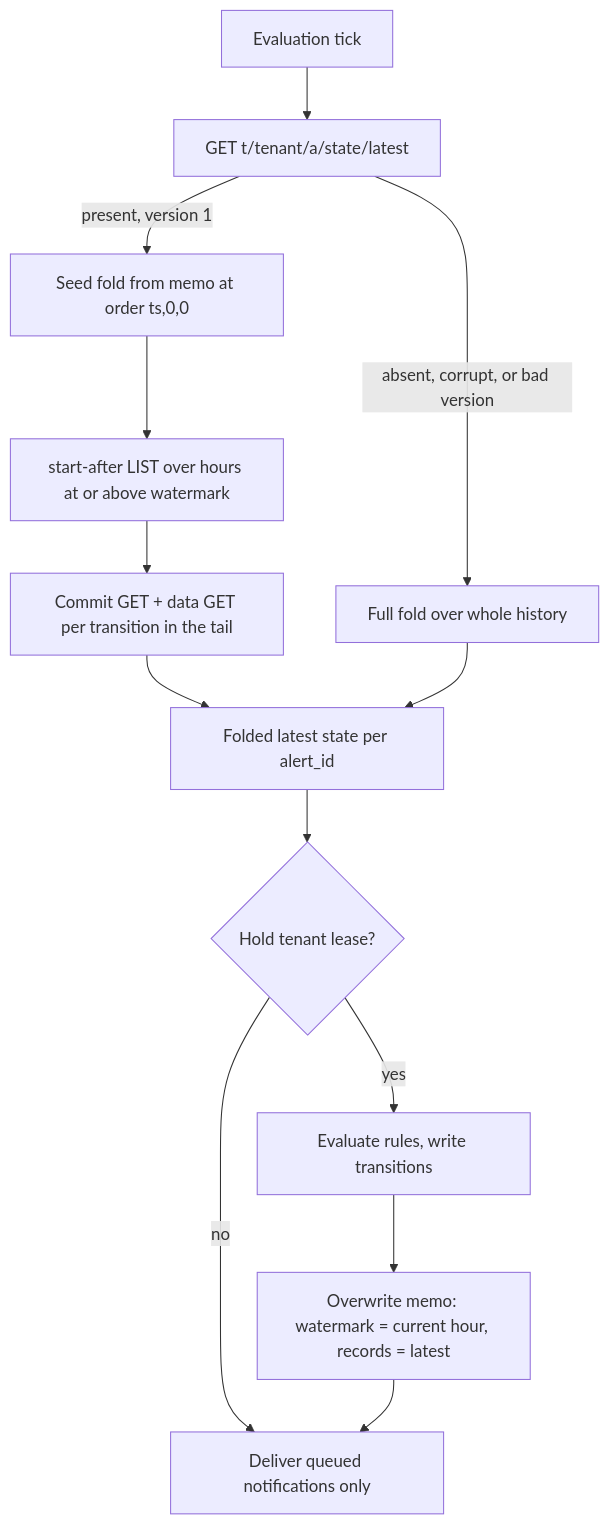
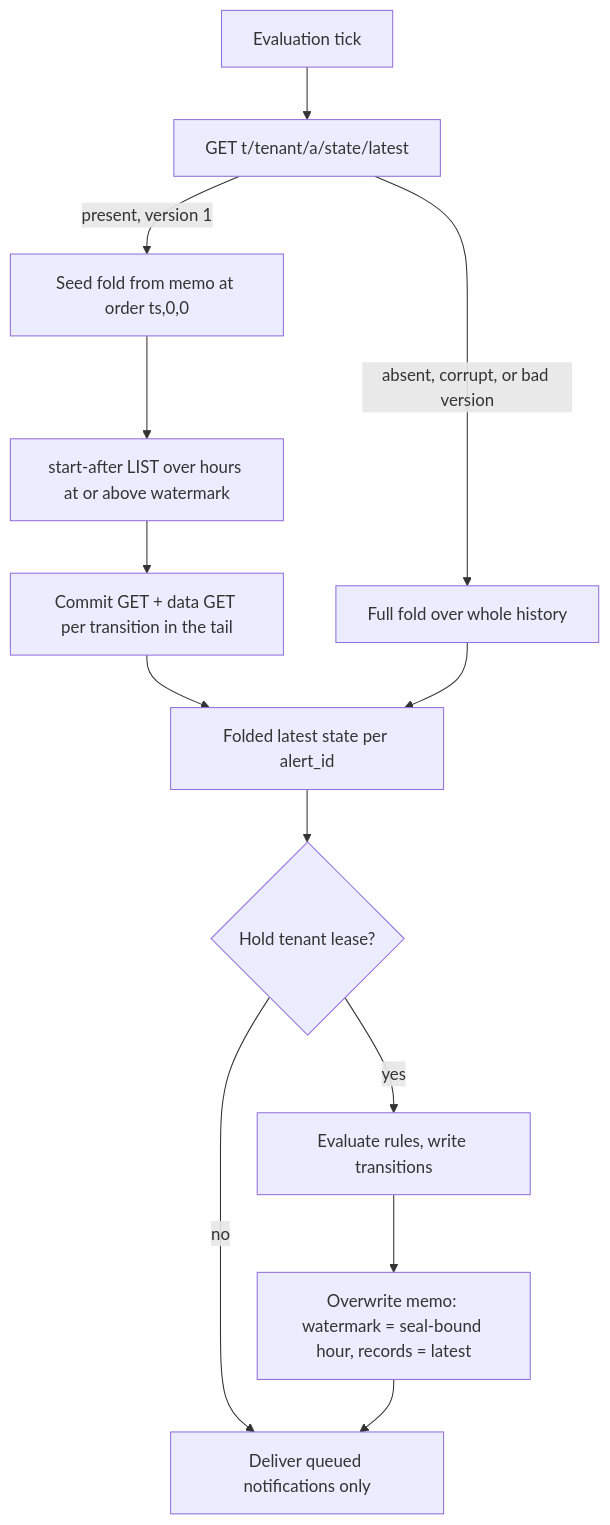
One commit to NOFireAI/ravel changed the diagram in docs/adrs/1294-alert-state-memo.md. Above: the diagram before and after it, drawn with Mermaid. The commit also changed 3 other files, not shown here.

First line of the commit message:
docs(alerting): describe the memo watermark as seal-bound, not current hour

````diff
--- a/docs/adrs/1294-alert-state-memo.md
+++ b/docs/adrs/1294-alert-state-memo.md
@@ -129,15 +129,15 @@
 ```mermaid
 flowchart TD
     tick[Evaluation tick] --> getmemo[GET t/tenant/a/state/latest]
     getmemo -->|present, version 1| seed[Seed fold from memo at order ts,0,0]
     getmemo -->|absent, corrupt, or bad version| full[Full fold over whole history]
     seed --> tail[start-after LIST over hours at or above watermark]
     tail --> foldtail[Commit GET + data GET per transition in the tail]
     foldtail --> latest[Folded latest state per alert_id]
     full --> latest
     latest --> lease{Hold tenant lease?}
     lease -->|no| done[Deliver queued notifications only]
     lease -->|yes| eval[Evaluate rules, write transitions]
-    eval --> write[Overwrite memo: watermark = current hour, records = latest]
+    eval --> write[Overwrite memo: watermark = seal-bound hour, records = latest]
     write --> done
 ```
````
